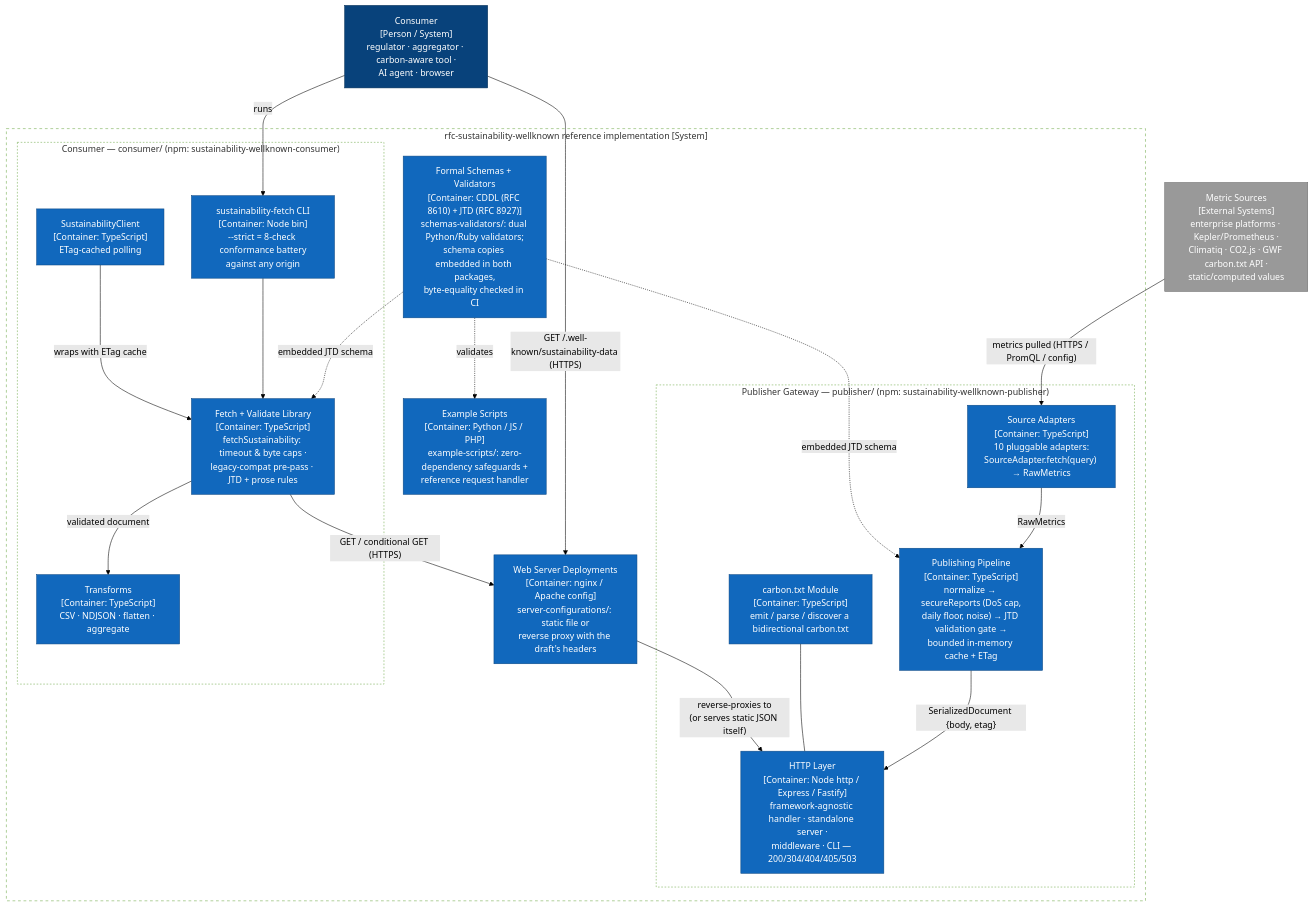
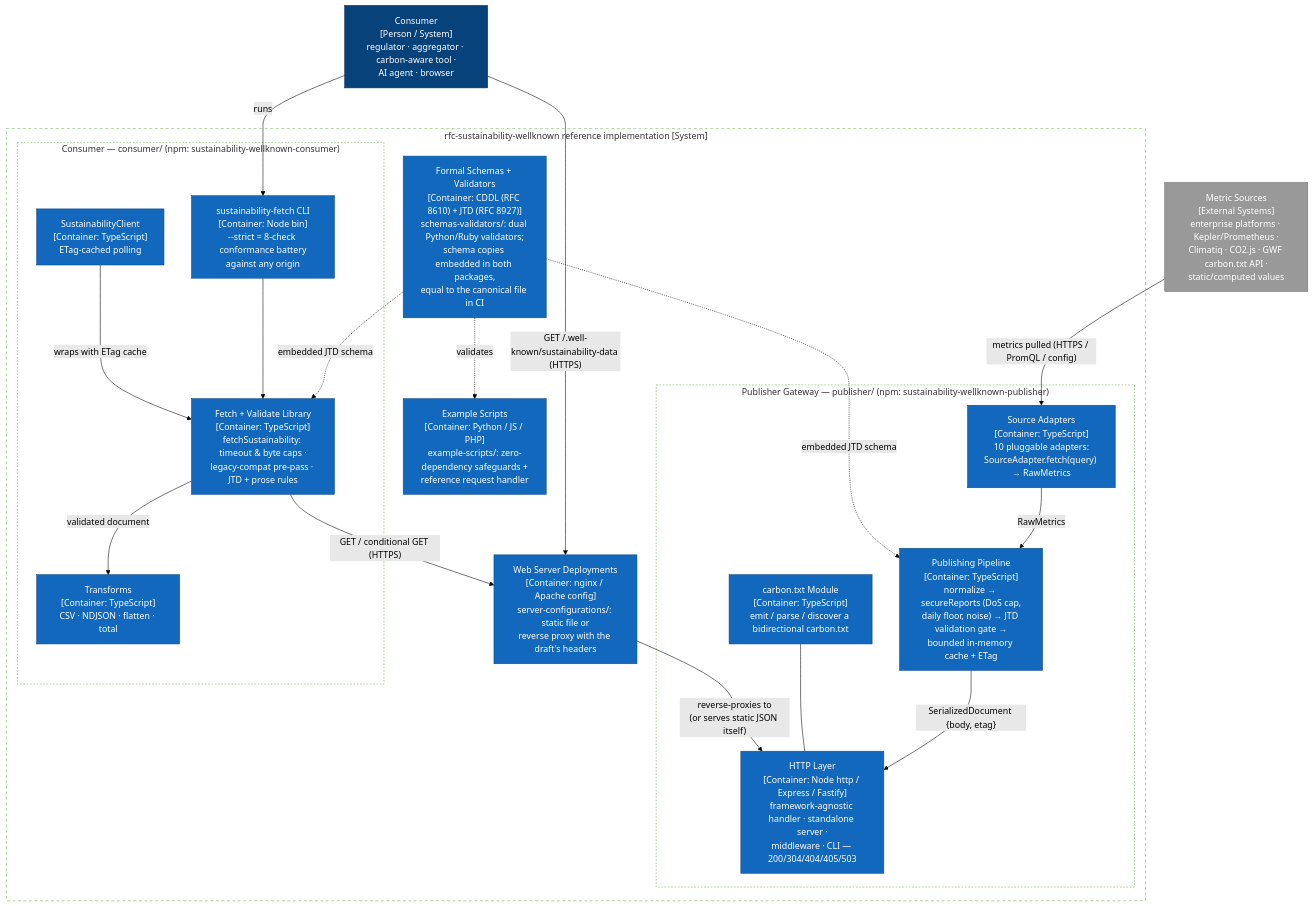
Before and after one commit to andreibesleaga/rfc-sustainability-wellknown: the diagram in architecture/diagrams/c4-container.mmd, drawn with Mermaid (forest theme). The commit also changed 58 other files, not shown here.

Commit message:
0.8.1: linear validation checks on npm, dependents on ^0.8.1, kit image builds in CI, docs and diagrams current

```diff
--- a/architecture/diagrams/c4-container.mmd
+++ b/architecture/diagrams/c4-container.mmd
@@ -1,53 +1,53 @@
 flowchart TB
     %% C4 Level 2 — Container diagram (graph-TD equivalent of C4Container; Mermaid's
     %% experimental C4 layout was unreadable at this element count).
     %% person = dark blue · container = blue · external = grey · boundaries = dashed.
 
     CLIENT["Consumer<br/>[Person / System]<br/>regulator · aggregator · carbon-aware tool ·<br/>AI agent · browser"]
     DS["Metric Sources<br/>[External Systems]<br/>enterprise platforms · Kepler/Prometheus ·<br/>Climatiq · CO2.js · GWF carbon.txt API ·<br/>static/computed values"]
 
     subgraph REPO["rfc-sustainability-wellknown reference implementation [System]"]
         subgraph PUBB["Publisher Gateway — publisher/ (npm: sustainability-wellknown-publisher)"]
             ADP["Source Adapters<br/>[Container: TypeScript]<br/>10 pluggable adapters:<br/>SourceAdapter.fetch(query) → RawMetrics"]
             PIPE["Publishing Pipeline<br/>[Container: TypeScript]<br/>normalize → secureReports (DoS cap,<br/>daily floor, noise) → JTD validation gate →<br/>bounded in-memory cache + ETag"]
             HTTPL["HTTP Layer<br/>[Container: Node http / Express / Fastify]<br/>framework-agnostic handler · standalone server ·<br/>middleware · CLI — 200/304/404/405/503"]
             CTM["carbon.txt Module<br/>[Container: TypeScript]<br/>emit / parse / discover a bidirectional carbon.txt"]
         end
 
         subgraph CONSB["Consumer — consumer/ (npm: sustainability-wellknown-consumer)"]
             FETCH["Fetch + Validate Library<br/>[Container: TypeScript]<br/>fetchSustainability: timeout & byte caps ·<br/>legacy-compat pre-pass · JTD + prose rules"]
             SCLI["SustainabilityClient<br/>[Container: TypeScript]<br/>ETag-cached polling"]
-            TR["Transforms<br/>[Container: TypeScript]<br/>CSV · NDJSON · flatten · aggregate"]
+            TR["Transforms<br/>[Container: TypeScript]<br/>CSV · NDJSON · flatten · total"]
             FCLI["sustainability-fetch CLI<br/>[Container: Node bin]<br/>--strict = 8-check conformance battery<br/>against any origin"]
         end
 
-        SCHEMAS["Formal Schemas + Validators<br/>[Container: CDDL (RFC 8610) + JTD (RFC 8927)]<br/>schemas-validators/: dual Python/Ruby validators;<br/>schema copies embedded in both packages,<br/>byte-equality checked in CI"]
+        SCHEMAS["Formal Schemas + Validators<br/>[Container: CDDL (RFC 8610) + JTD (RFC 8927)]<br/>schemas-validators/: dual Python/Ruby validators;<br/>schema copies embedded in both packages,<br/>equal to the canonical file in CI"]
         WEBC["Web Server Deployments<br/>[Container: nginx / Apache config]<br/>server-configurations/: static file or<br/>reverse proxy with the draft's headers"]
         EXS["Example Scripts<br/>[Container: Python / JS / PHP]<br/>example-scripts/: zero-dependency safeguards +<br/>reference request handler"]
     end
 
     DS -- "metrics pulled (HTTPS / PromQL / config)" --> ADP
     ADP -- "RawMetrics" --> PIPE
     PIPE -- "SerializedDocument {body, etag}" --> HTTPL
     CTM --- HTTPL
     SCHEMAS -. "embedded JTD schema" .-> PIPE
     SCHEMAS -. "embedded JTD schema" .-> FETCH
     SCHEMAS -. "validates" .-> EXS
     WEBC -- "reverse-proxies to<br/>(or serves static JSON itself)" --> HTTPL
 
     CLIENT -- "GET /.well-known/sustainability-data (HTTPS)" --> WEBC
     CLIENT -- "runs" --> FCLI
     FCLI --> FETCH
     SCLI -- "wraps with ETag cache" --> FETCH
     FETCH -- "validated document" --> TR
     FETCH -- "GET / conditional GET (HTTPS)" --> WEBC
 
     classDef person fill:#08427b,color:#fff,stroke:#052e56
     classDef cont fill:#1168bd,color:#fff,stroke:#0b4884
     classDef ext fill:#999999,color:#fff,stroke:#6b6b6b
     class CLIENT person
     class ADP,PIPE,HTTPL,CTM,FETCH,SCLI,TR,FCLI,SCHEMAS,WEBC,EXS cont
     class DS ext
     style REPO stroke-dasharray:5 5,fill:none
     style PUBB stroke-dasharray:3 3,fill:none
     style CONSB stroke-dasharray:3 3,fill:none
```
